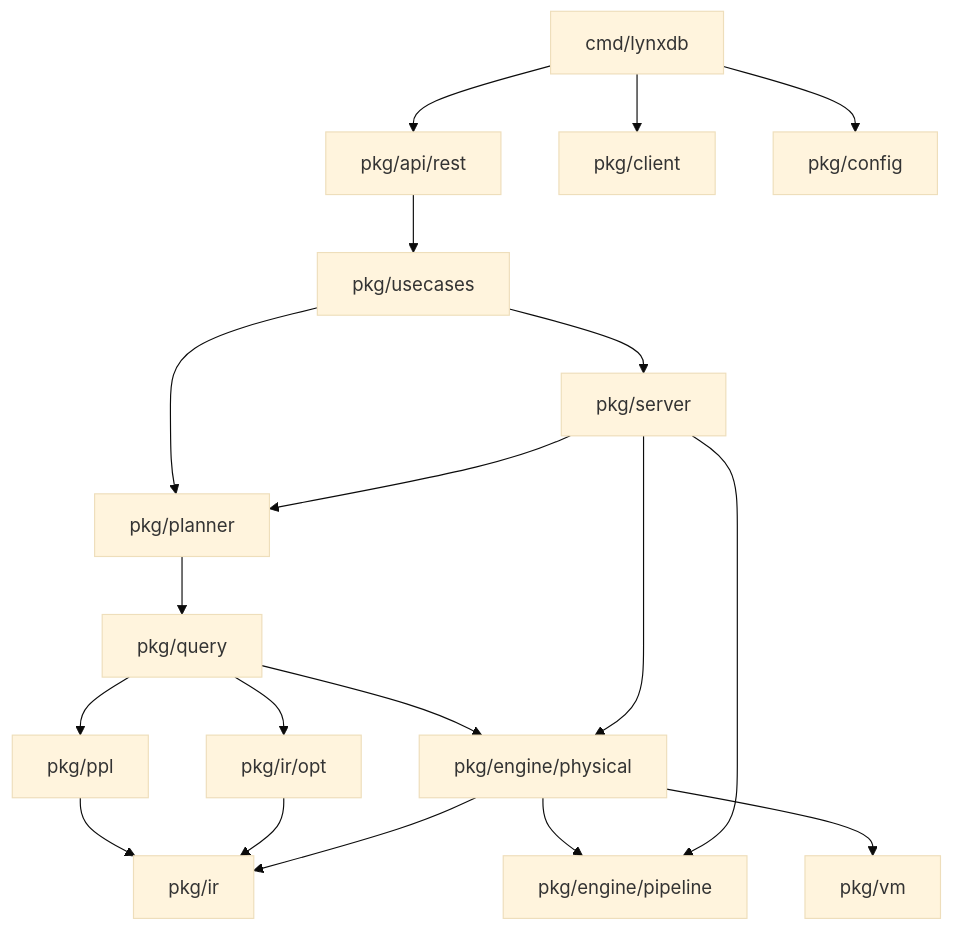
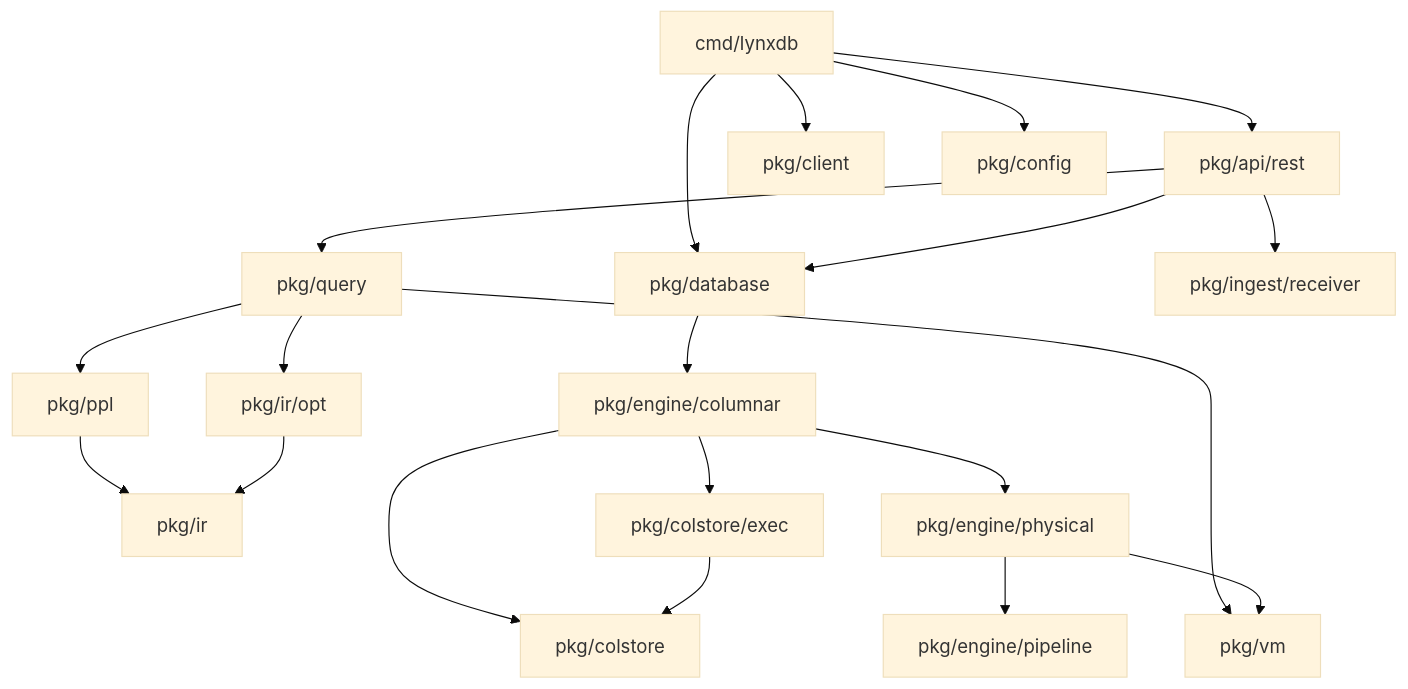
The diagram in docs/site/docs/contributing/project-structure.md (lynxbase/lynxdb), drawn with Mermaid (base theme) before and after one commit. The commit also changed other lines of this file and 2 other files, not shown here.

````diff
--- a/docs/site/docs/contributing/project-structure.md
+++ b/docs/site/docs/contributing/project-structure.md
@@ -185,24 +183,25 @@
 ```mermaid
 flowchart TD
     CMD["cmd/lynxdb"] --> API["pkg/api/rest"]
     CMD --> CLIENT["pkg/client"]
     CMD --> CONFIG["pkg/config"]
+    CMD --> DB["pkg/database"]
 
-    API --> USECASES["pkg/usecases"]
-    USECASES --> SERVER["pkg/server"]
-    USECASES --> PLANNER["pkg/planner"]
+    API --> DB
+    API --> QUERY["pkg/query"]
+    API --> RECV["pkg/ingest/receiver"]
 
-    PLANNER --> QUERY["pkg/query"]
+    DB --> COLUMNAR["pkg/engine/columnar"]
     QUERY --> PPL["pkg/ppl"]
     QUERY --> OPT["pkg/ir/opt"]
-    QUERY --> PHYSICAL["pkg/engine/physical"]
+    QUERY --> VM["pkg/vm"]
     PPL --> IR["pkg/ir"]
     OPT --> IR
-    PHYSICAL --> IR
+
+    COLUMNAR --> COLSTORE["pkg/colstore"]
+    COLUMNAR --> EXEC["pkg/colstore/exec"]
+    COLUMNAR --> PHYSICAL["pkg/engine/physical"]
     PHYSICAL --> PIPELINE["pkg/engine/pipeline"]
-    PHYSICAL --> VM["pkg/vm"]
-
-    SERVER --> PLANNER
-    SERVER --> PHYSICAL
-    SERVER --> PIPELINE
+    PHYSICAL --> VM
+    EXEC --> COLSTORE
 ```
````
